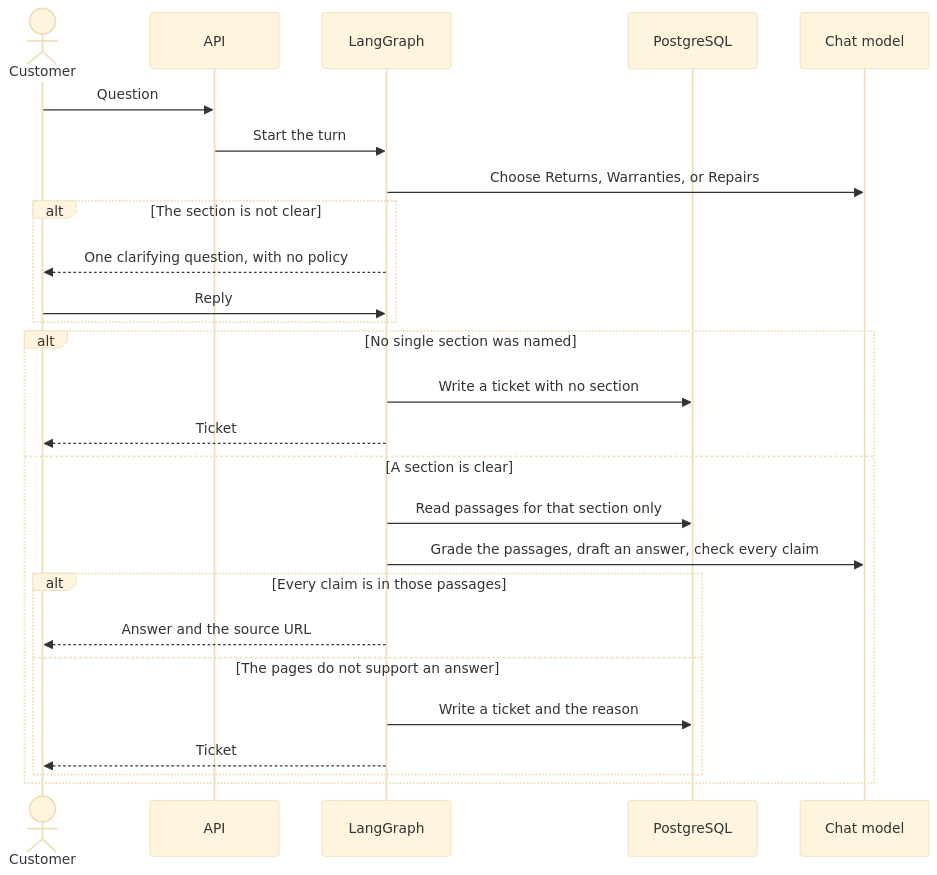
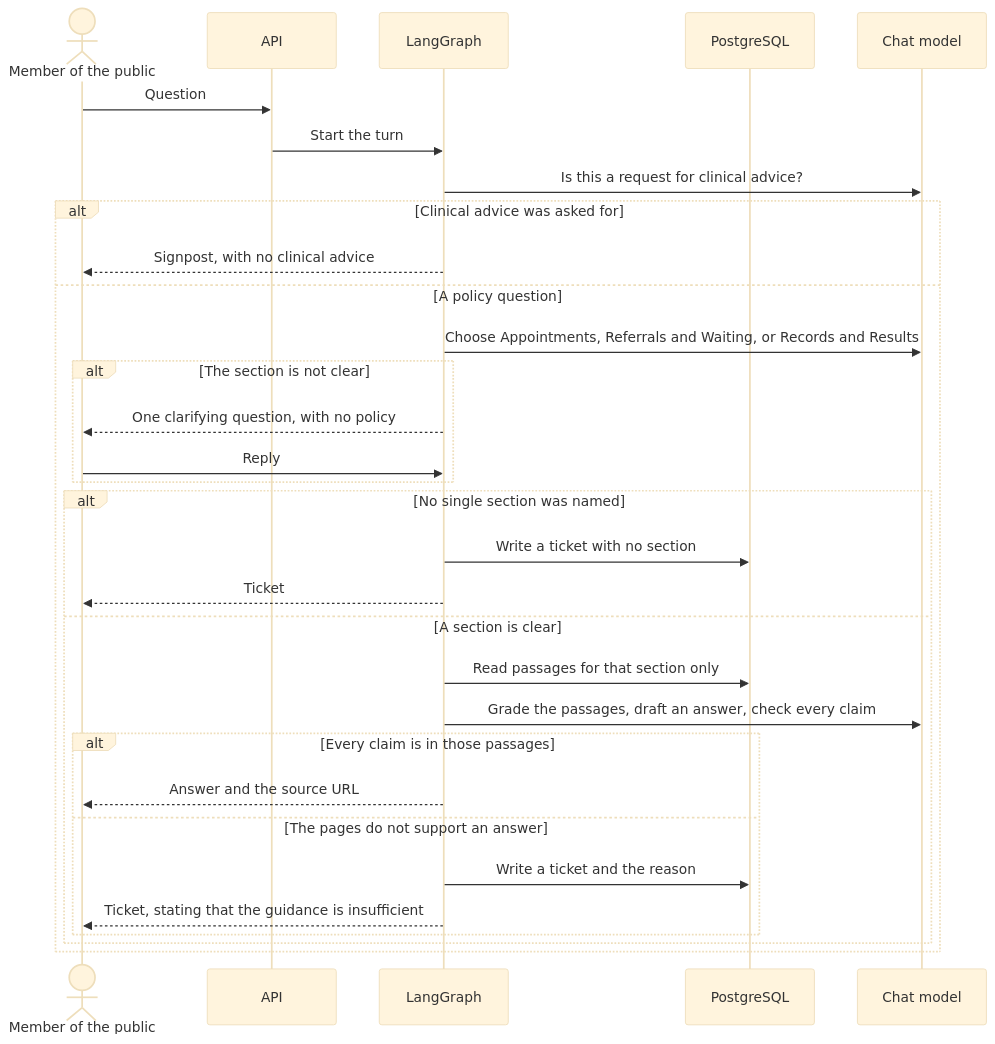
One commit to ramy-glitch/Deskline changed the diagram in docs/alpha.md. Above: the diagram before and after it, drawn with Mermaid (base theme). The commit also changed other lines of this file and 12 other files, not shown here.

````diff
--- a/docs/alpha.md
+++ b/docs/alpha.md
@@ -51,29 +51,34 @@
 ```mermaid
 sequenceDiagram
-    actor Customer
+    actor Person as Member of the public
     participant API
     participant Graph as LangGraph
     participant DB as PostgreSQL
     participant LLM as Chat model
 
-    Customer->>API: Question
+    Person->>API: Question
     API->>Graph: Start the turn
-    Graph->>LLM: Choose Returns, Warranties, or Repairs
-    alt The section is not clear
-        Graph-->>Customer: One clarifying question, with no policy
-        Customer->>Graph: Reply
-    end
-    alt No single section was named
-        Graph->>DB: Write a ticket with no section
-        Graph-->>Customer: Ticket
-    else A section is clear
-        Graph->>DB: Read passages for that section only
-        Graph->>LLM: Grade the passages, draft an answer, check every claim
-        alt Every claim is in those passages
-            Graph-->>Customer: Answer and the source URL
-        else The pages do not support an answer
-            Graph->>DB: Write a ticket and the reason
-            Graph-->>Customer: Ticket
+    Graph->>LLM: Is this a request for clinical advice?
+    alt Clinical advice was asked for
+        Graph-->>Person: Signpost, with no clinical advice
+    else A policy question
+        Graph->>LLM: Choose Appointments, Referrals and Waiting, or Records and Results
+        alt The section is not clear
+            Graph-->>Person: One clarifying question, with no policy
+            Person->>Graph: Reply
+        end
+        alt No single section was named
+            Graph->>DB: Write a ticket with no section
+            Graph-->>Person: Ticket
+        else A section is clear
+            Graph->>DB: Read passages for that section only
+            Graph->>LLM: Grade the passages, draft an answer, check every claim
+            alt Every claim is in those passages
+                Graph-->>Person: Answer and the source URL
+            else The pages do not support an answer
+                Graph->>DB: Write a ticket and the reason
+                Graph-->>Person: Ticket, stating that the guidance is insufficient
+            end
         end
     end
 ```
````
